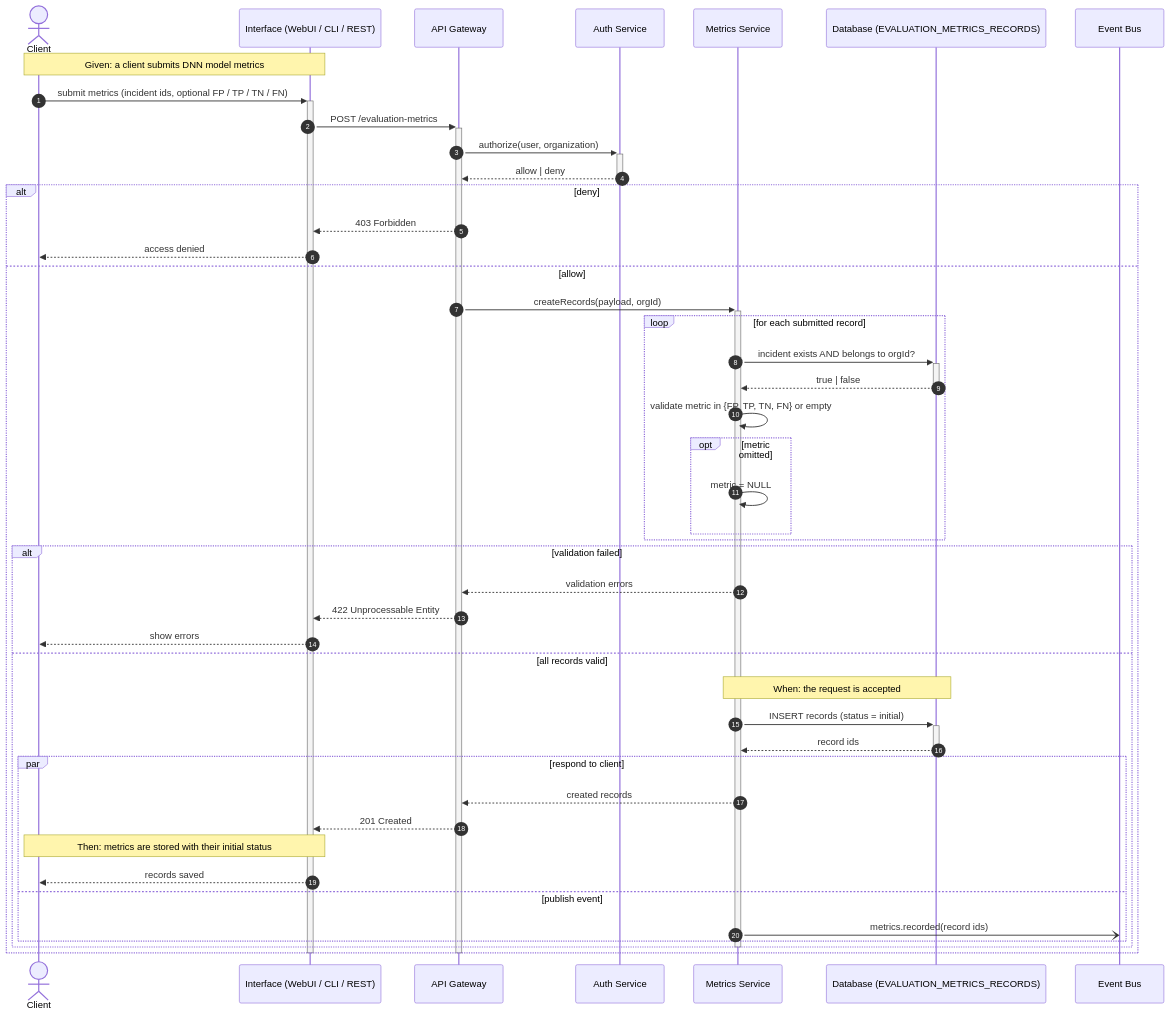
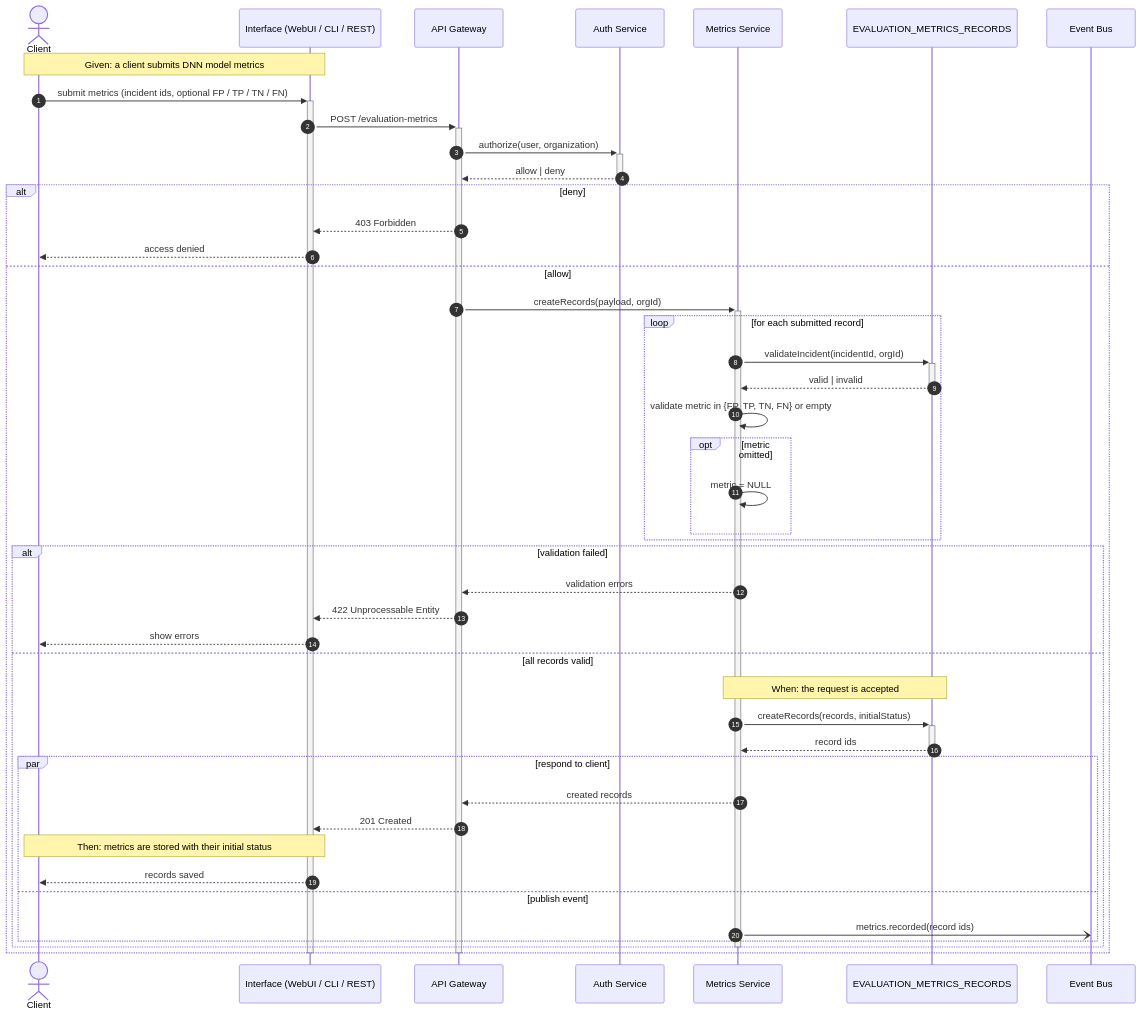
One commit to yeghor/FICE-KPI-Labs changed the fifth of 7 diagrams in lab-3/Sequence-diagrams.md. Above: the diagram before and after it, drawn with Mermaid. The commit also changed other lines of this file and 1 other file, not shown here.

````diff
--- a/lab-3/Sequence-diagrams.md
+++ b/lab-3/Sequence-diagrams.md
@@ -245,51 +246,51 @@
 ```mermaid
 sequenceDiagram
     autonumber
     actor Client
     participant UI as Interface (WebUI / CLI / REST)
     participant API as API Gateway
     participant Auth as Auth Service
     participant Met as Metrics Service
-    participant DB as Database (EVALUATION_METRICS_RECORDS)
+    participant Metrics as EVALUATION_METRICS_RECORDS
     participant Bus as Event Bus
 
     Note over Client,UI: Given: a client submits DNN model metrics
     Client->>+UI: submit metrics (incident ids, optional FP / TP / TN / FN)
     UI->>+API: POST /evaluation-metrics
     API->>+Auth: authorize(user, organization)
     Auth-->>-API: allow | deny
     alt deny
         API-->>UI: 403 Forbidden
         UI-->>Client: access denied
     else allow
         API->>+Met: createRecords(payload, orgId)
         loop for each submitted record
-            Met->>+DB: incident exists AND belongs to orgId?
-            DB-->>-Met: true | false
+            Met->>+Metrics: validateIncident(incidentId, orgId)
+            Metrics-->>-Met: valid | invalid
             Met->>Met: validate metric in {FP, TP, TN, FN} or empty
             opt metric omitted
                 Met->>Met: metric = NULL
             end
         end
         alt validation failed
             Met-->>API: validation errors
             API-->>UI: 422 Unprocessable Entity
             UI-->>Client: show errors
         else all records valid
-            Note over Met,DB: When: the request is accepted
-            Met->>+DB: INSERT records (status = initial)
-            DB-->>-Met: record ids
+            Note over Met,Metrics: When: the request is accepted
+            Met->>+Metrics: createRecords(records, initialStatus)
+            Metrics-->>-Met: record ids
             par respond to client
                 Met-->>API: created records
                 API-->>UI: 201 Created
                 Note over Client,UI: Then: metrics are stored with their initial status
                 UI-->>Client: records saved
             and publish event
                 Met-)Bus: metrics.recorded(record ids)
             end
         end
         deactivate Met
     end
     deactivate API
     deactivate UI
 ```
````
